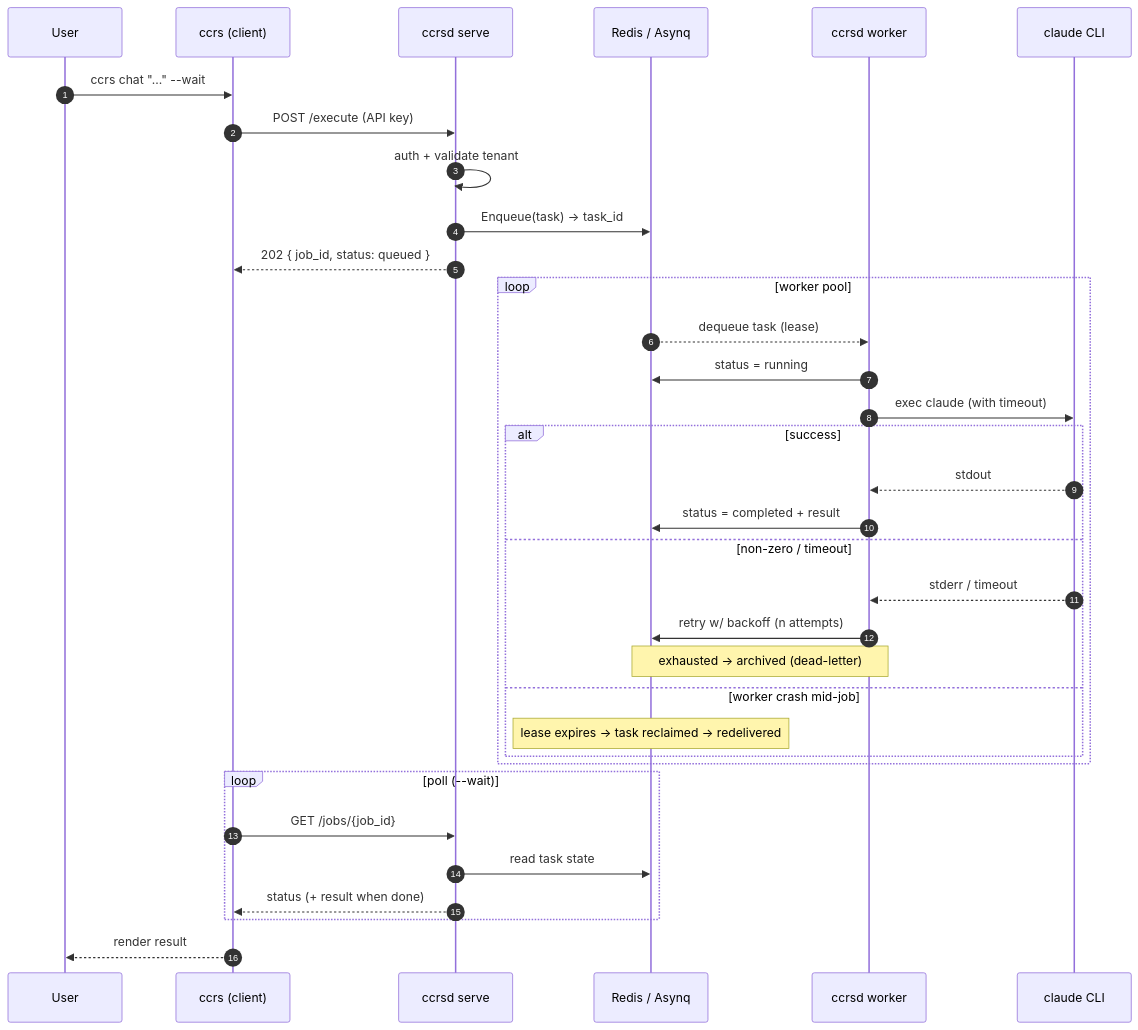
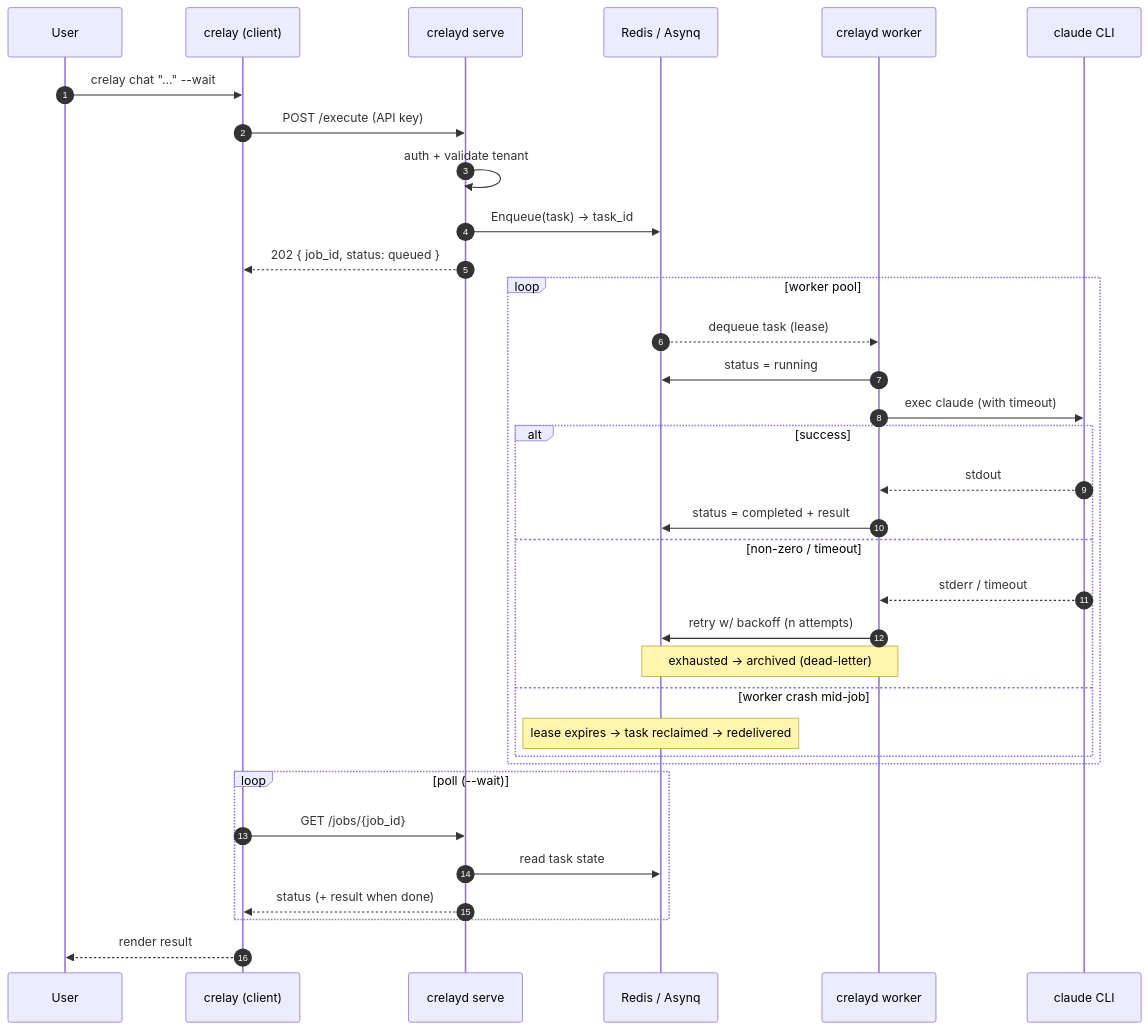
One commit to vedanta/ccrs changed the third of 3 diagrams in ARCHITECTURE-GO.md. Above: the diagram before and after it, drawn with Mermaid. The commit also changed other lines of this file, not shown here.

First line of the commit message:
Rename project CCRS -> crelay in architecture doc

````diff
--- a/ARCHITECTURE-GO.md
+++ b/ARCHITECTURE-GO.md
@@ -111,39 +122,39 @@
 ```mermaid
 sequenceDiagram
     autonumber
     participant U as User
-    participant C as ccrs (client)
-    participant A as ccrsd serve
+    participant C as crelay (client)
+    participant A as crelayd serve
     participant Q as Redis / Asynq
-    participant W as ccrsd worker
+    participant W as crelayd worker
     participant CL as claude CLI
 
-    U->>C: ccrs chat "..." --wait
+    U->>C: crelay chat "..." --wait
     C->>A: POST /execute  (API key)
     A->>A: auth + validate tenant
     A->>Q: Enqueue(task) → task_id
     A-->>C: 202 { job_id, status: queued }
 
     loop worker pool
         Q-->>W: dequeue task (lease)
         W->>Q: status = running
         W->>CL: exec claude (with timeout)
         alt success
             CL-->>W: stdout
             W->>Q: status = completed + result
         else non-zero / timeout
             CL-->>W: stderr / timeout
             W->>Q: retry w/ backoff (n attempts)
             Note over W,Q: exhausted → archived (dead-letter)
         else worker crash mid-job
             Note over Q: lease expires → task reclaimed → redelivered
         end
     end
 
     loop poll (--wait)
         C->>A: GET /jobs/{job_id}
         A->>Q: read task state
         A-->>C: status (+ result when done)
     end
     C-->>U: render result
 ```
````
